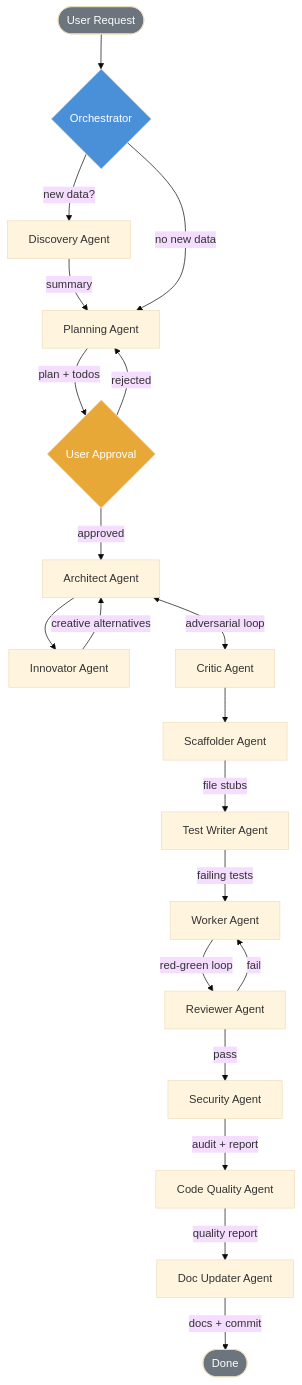
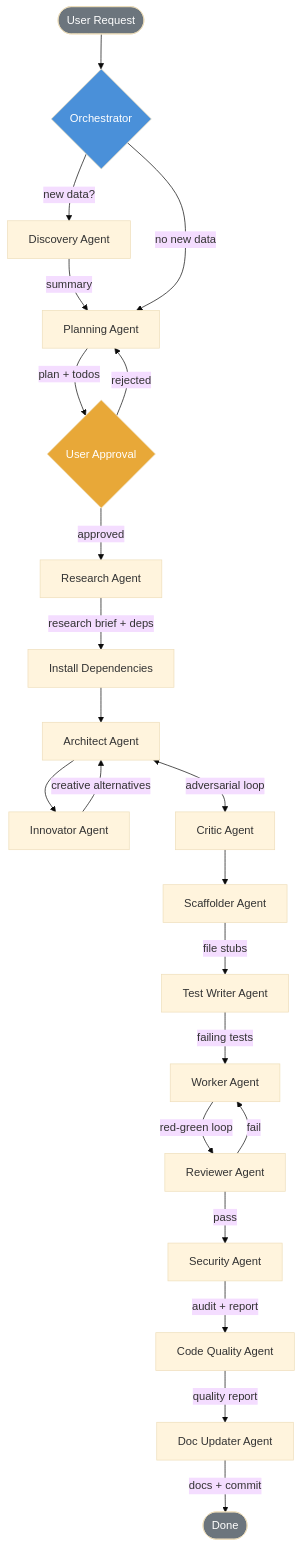
The first of 2 diagrams in README.md (Doumajnik/template), drawn with Mermaid (base theme) before and after one commit. The commit also changed 45 other files, not shown here.

````diff
--- a/README.md
+++ b/README.md
@@ -47,27 +47,29 @@
 ```mermaid
 flowchart TD
     U([User Request]) --> O{Orchestrator}
     O -->|new data?| D[Discovery Agent]
     D -->|summary| P
     O -->|no new data| P[Planning Agent]
     P -->|plan + todos| UA{User Approval}
     UA -->|rejected| P
-    UA -->|approved| A[Architect Agent]
+    UA -->|approved| RE[Research Agent]
+    RE -->|research brief + deps| DEP[Install Dependencies]
+    DEP --> A[Architect Agent]
     A --> IN[Innovator Agent]
     IN -->|creative alternatives| A
     A <-->|adversarial loop| C[Critic Agent]
     C --> S[Scaffolder Agent]
     S -->|file stubs| TW[Test Writer Agent]
     TW -->|failing tests| W[Worker Agent]
     W -->|red-green loop| R[Reviewer Agent]
     R -->|pass| SEC[Security Agent]
     R -->|fail| W
     SEC -->|audit + report| CQ[Code Quality Agent]
     CQ -->|quality report| DU[Doc Updater Agent]
     DU -->|docs + commit| Done([Done])
 
     style O fill:#4a90d9,color:#fff
     style U fill:#6c757d,color:#fff
     style Done fill:#6c757d,color:#fff
     style UA fill:#e8a838,color:#fff
 ```
````
